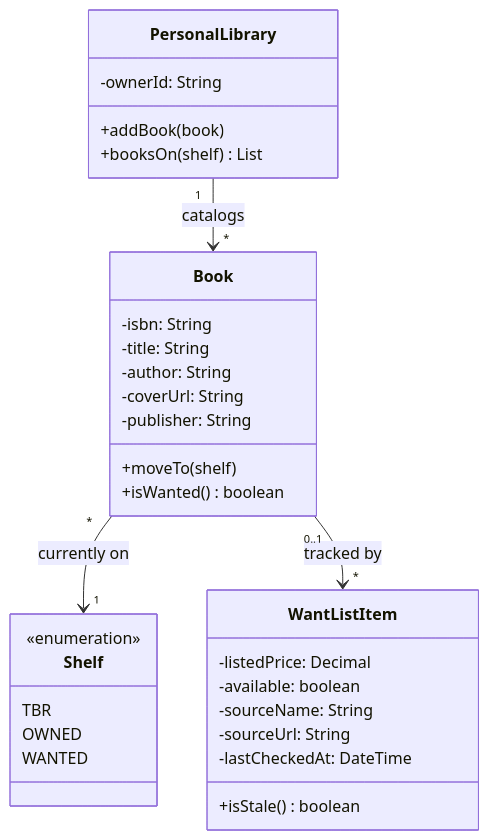
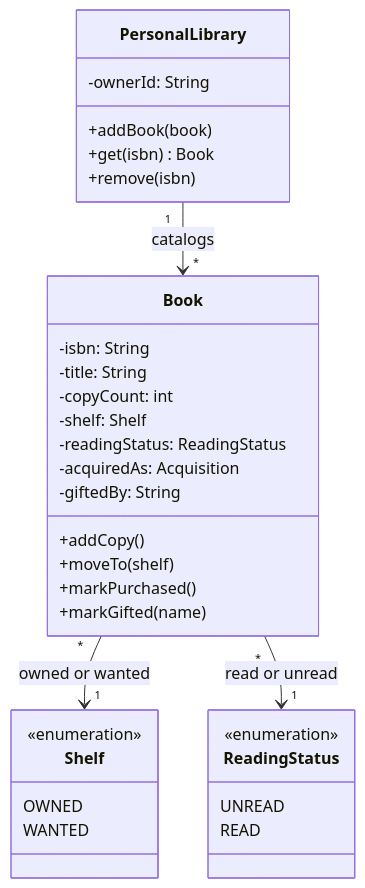
Before and after one commit to ghechavarria/cen5064-project-hechavarria: the third of 4 diagrams in README.md, drawn with Mermaid. The commit also changed other lines of this file and 67 other files, not shown here.

Commit message:
Initial Architecture/Logic and Design Creation #3 Issue

````diff
--- a/README.md
+++ b/README.md
@@ -68,34 +67,35 @@
 ```mermaid
 classDiagram
     class PersonalLibrary {
         -ownerId: String
         +addBook(book)
-        +booksOn(shelf) List
+        +get(isbn) Book
+        +remove(isbn)
     }
     class Book {
         -isbn: String
         -title: String
-        -author: String
-        -coverUrl: String
-        -publisher: String
+        -copyCount: int
+        -shelf: Shelf
+        -readingStatus: ReadingStatus
+        -acquiredAs: Acquisition
+        -giftedBy: String
+        +addCopy()
         +moveTo(shelf)
-        +isWanted() boolean
+        +markPurchased()
+        +markGifted(name)
     }
     class Shelf {
         <<enumeration>>
-        TBR
         OWNED
         WANTED
     }
-    class WantListItem {
-        -listedPrice: Decimal
-        -available: boolean
-        -sourceName: String
-        -sourceUrl: String
-        -lastCheckedAt: DateTime
-        +isStale() boolean
+    class ReadingStatus {
+        <<enumeration>>
+        UNREAD
+        READ
     }
     PersonalLibrary "1" --> "*" Book : catalogs
-    Book "*" --> "1" Shelf : currently on
-    Book "0..1" --> "*" WantListItem : tracked by
+    Book "*" --> "1" Shelf : owned or wanted
+    Book "*" --> "1" ReadingStatus : read or unread
 ```
````
